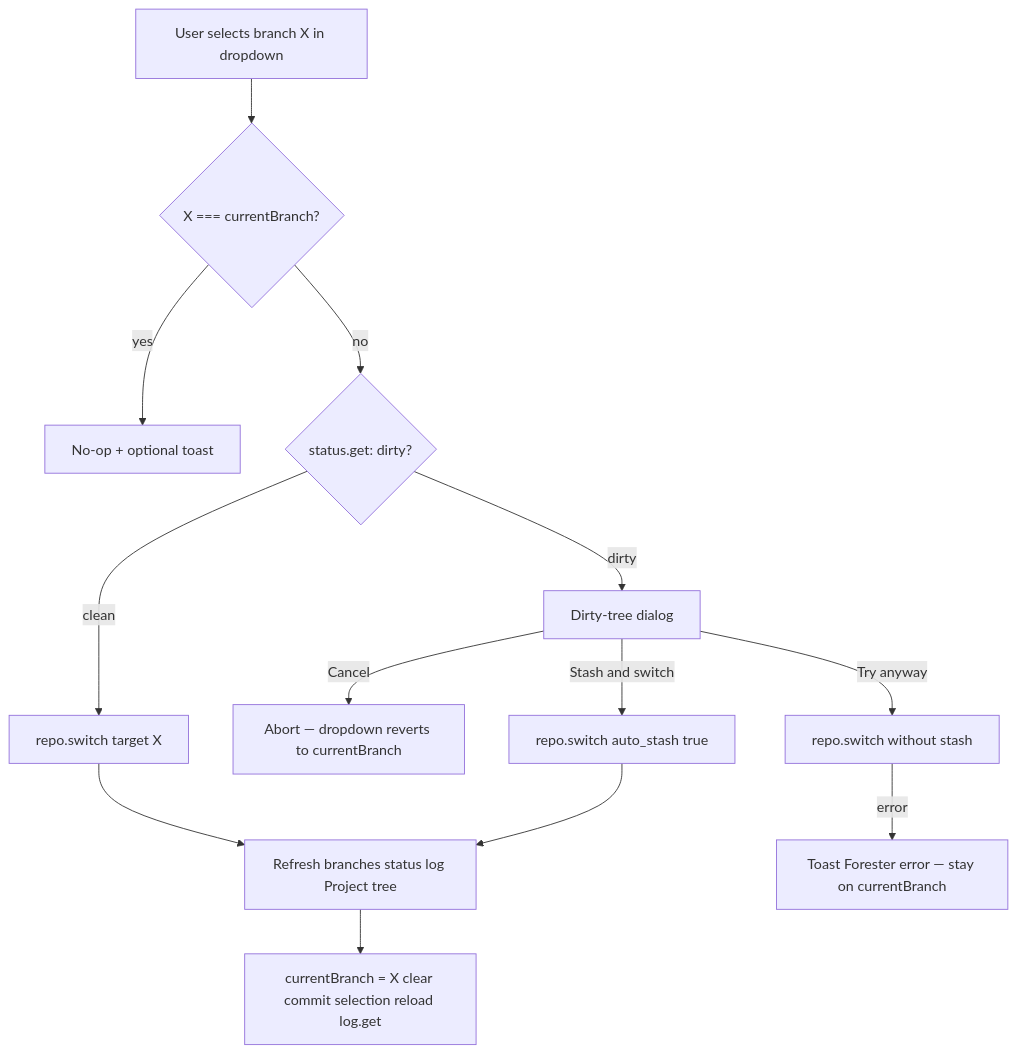
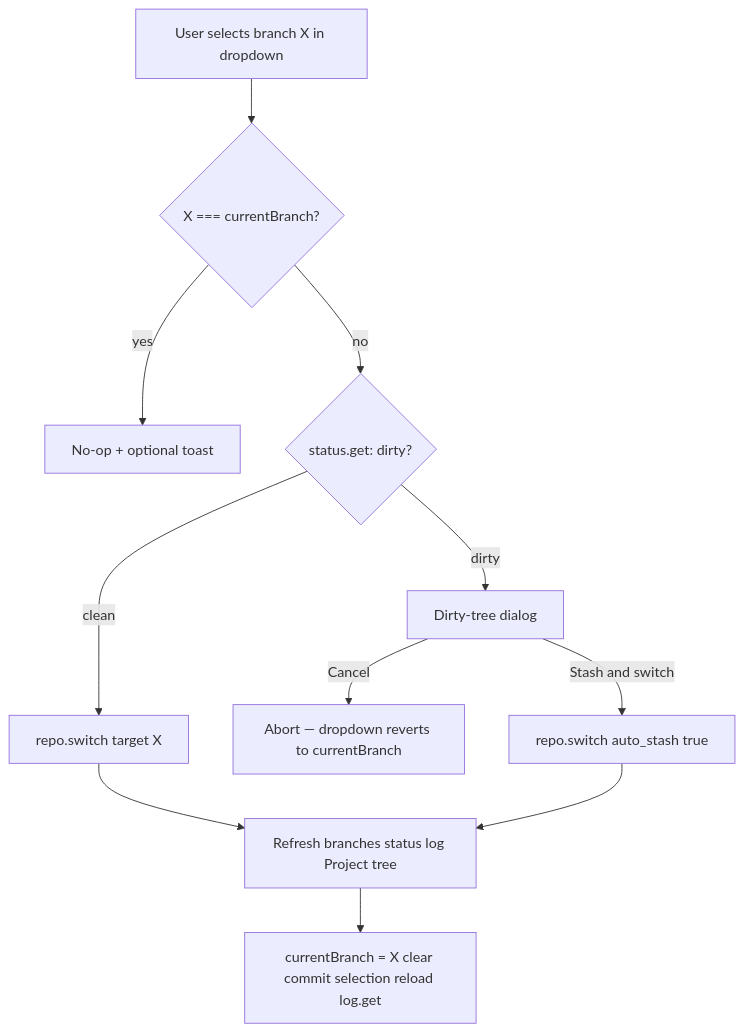
One commit to DSLitvinov/difference-machine changed the first of 2 diagrams in .cursor/interface/sidebar-history-view.md. Above: the diagram before and after it, drawn with Mermaid. The commit also changed other lines of this file and 6 other files, not shown here.

````diff
--- a/.cursor/interface/sidebar-history-view.md
+++ b/.cursor/interface/sidebar-history-view.md
@@ -85,15 +87,13 @@
 ```mermaid
 flowchart TD
   A[User selects branch X in dropdown] --> B{X === currentBranch?}
   B -->|yes| C[No-op + optional toast]
   B -->|no| D{status.get: dirty?}
   D -->|clean| E[repo.switch target X]
   D -->|dirty| F[Dirty-tree dialog]
   F -->|Cancel| G[Abort — dropdown reverts to currentBranch]
   F -->|Stash and switch| H[repo.switch auto_stash true]
-  F -->|Try anyway| I[repo.switch without stash]
-  I -->|error| J[Toast Forester error — stay on currentBranch]
   E --> K[Refresh branches status log Project tree]
   H --> K
   K --> L[currentBranch = X clear commit selection reload log.get]
 ```
````
